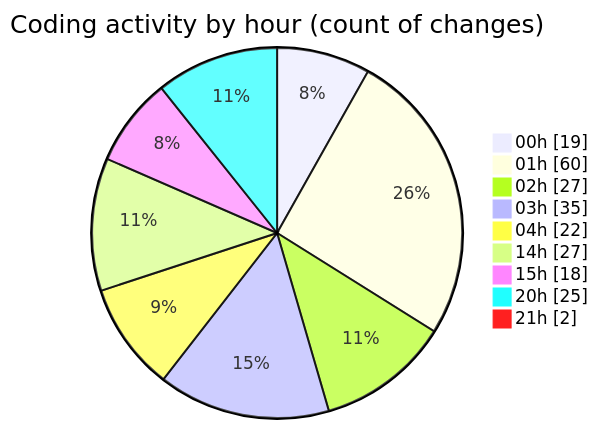
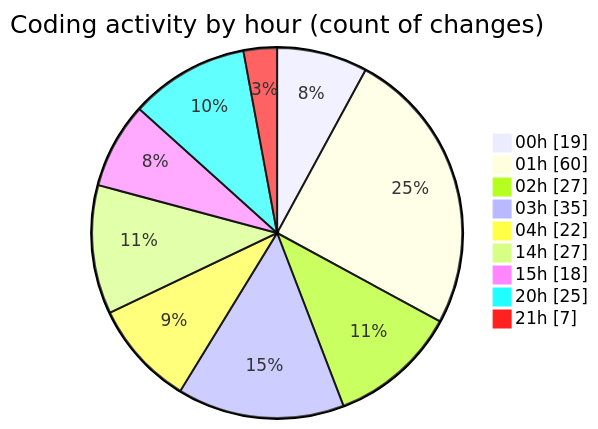
The second of 2 diagrams in 2025-07-25/quanlyrapchieuphim-1/README.md (lephambinh05/code-tracking), drawn with Mermaid before and after one commit. The commit also changed other lines of this file and 1 other file, not shown here.

````diff
--- a/2025-07-25/quanlyrapchieuphim-1/README.md
+++ b/2025-07-25/quanlyrapchieuphim-1/README.md
@@ -37,13 +41,13 @@
 ```mermaid
 pie showData
 title Coding activity by hour (count of changes)
 "00h" : 19
 "01h" : 60
 "02h" : 27
 "03h" : 35
 "04h" : 22
 "14h" : 27
 "15h" : 18
 "20h" : 25
-"21h" : 2
+"21h" : 7
 ```
````
